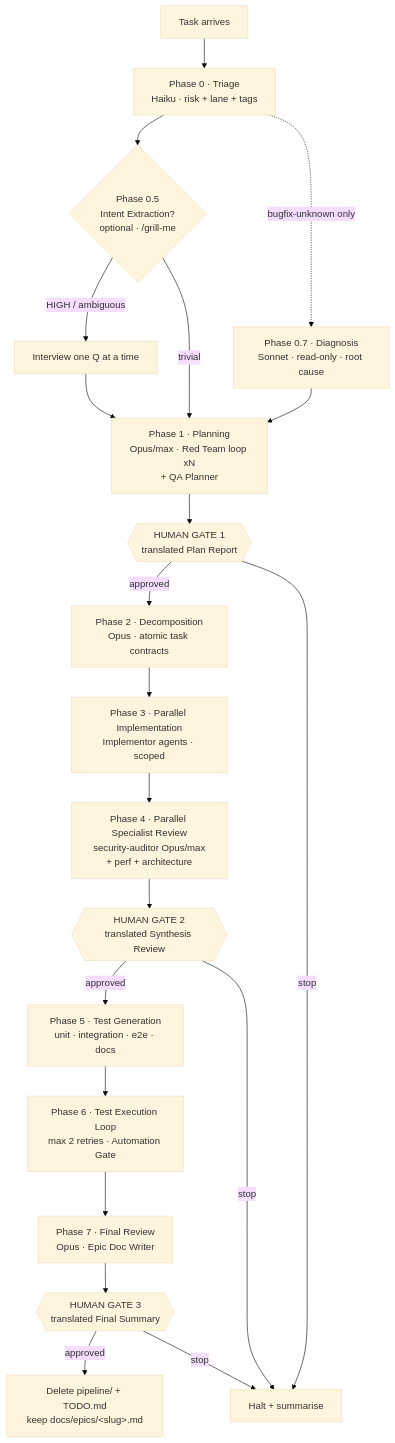
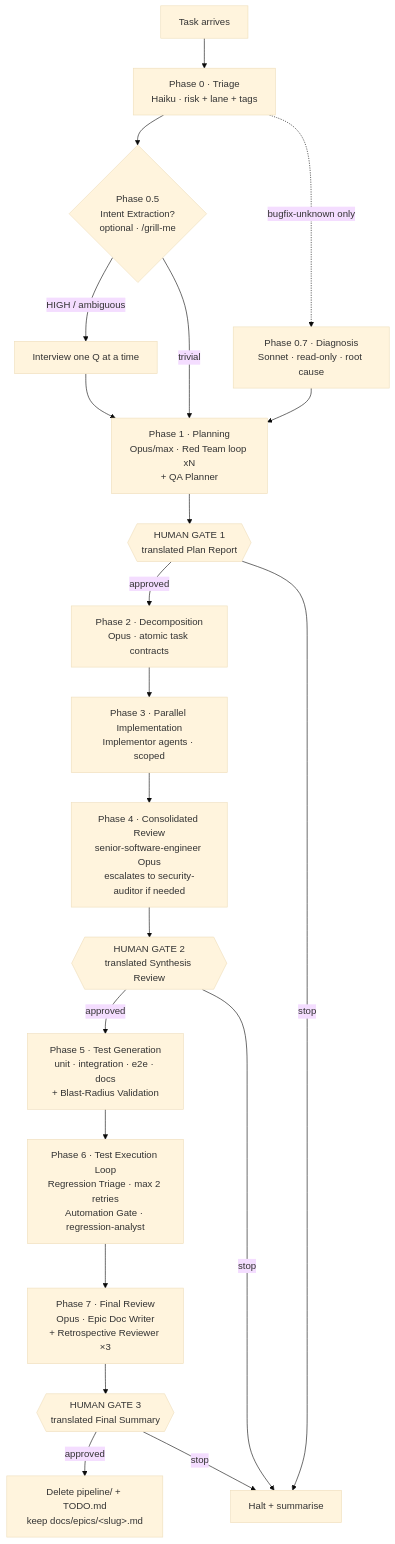
One commit to RahulSunnyCS/skills changed the first of 5 diagrams in docs/workflows/README.md. Above: the diagram before and after it, drawn with Mermaid (base theme). The commit also changed other lines of this file and 3 other files, not shown here.

````diff
--- a/docs/workflows/README.md
+++ b/docs/workflows/README.md
@@ -16,23 +16,23 @@
 ```mermaid
 flowchart TD
     A[Task arrives] --> P0[Phase 0 · Triage<br/>Haiku · risk + lane + tags]
     P0 --> P05{Phase 0.5<br/>Intent Extraction?<br/>optional · /grill-me}
     P05 -->|HIGH / ambiguous| P05a[Interview one Q at a time]
     P05 -->|trivial| P1
     P05a --> P1
     P0 -.bugfix-unknown only.-> P07[Phase 0.7 · Diagnosis<br/>Sonnet · read-only · root cause]
     P07 --> P1
     P1[Phase 1 · Planning<br/>Opus/max · Red Team loop xN<br/>+ QA Planner] --> G1{{HUMAN GATE 1<br/>translated Plan Report}}
     G1 -->|approved| P2[Phase 2 · Decomposition<br/>Opus · atomic task contracts]
     G1 -->|stop| STOP[Halt + summarise]
     P2 --> P3[Phase 3 · Parallel Implementation<br/>Implementor agents · scoped]
-    P3 --> P4[Phase 4 · Parallel Specialist Review<br/>security-auditor Opus/max<br/>+ perf + architecture]
+    P3 --> P4[Phase 4 · Consolidated Review<br/>senior-software-engineer Opus<br/>escalates to security-auditor if needed]
     P4 --> G2{{HUMAN GATE 2<br/>translated Synthesis Review}}
-    G2 -->|approved| P5[Phase 5 · Test Generation<br/>unit · integration · e2e · docs]
+    G2 -->|approved| P5[Phase 5 · Test Generation<br/>unit · integration · e2e · docs<br/>+ Blast-Radius Validation]
     G2 -->|stop| STOP
-    P5 --> P6[Phase 6 · Test Execution Loop<br/>max 2 retries · Automation Gate]
-    P6 --> P7[Phase 7 · Final Review<br/>Opus · Epic Doc Writer]
+    P5 --> P6[Phase 6 · Test Execution Loop<br/>Regression Triage · max 2 retries<br/>Automation Gate · regression-analyst]
+    P6 --> P7[Phase 7 · Final Review<br/>Opus · Epic Doc Writer<br/>+ Retrospective Reviewer ×3]
     P7 --> G3{{HUMAN GATE 3<br/>translated Final Summary}}
     G3 -->|approved| CLEAN[Delete pipeline/ + TODO.md<br/>keep docs/epics/&lt;slug&gt;.md]
     G3 -->|stop| STOP
 ```
````
